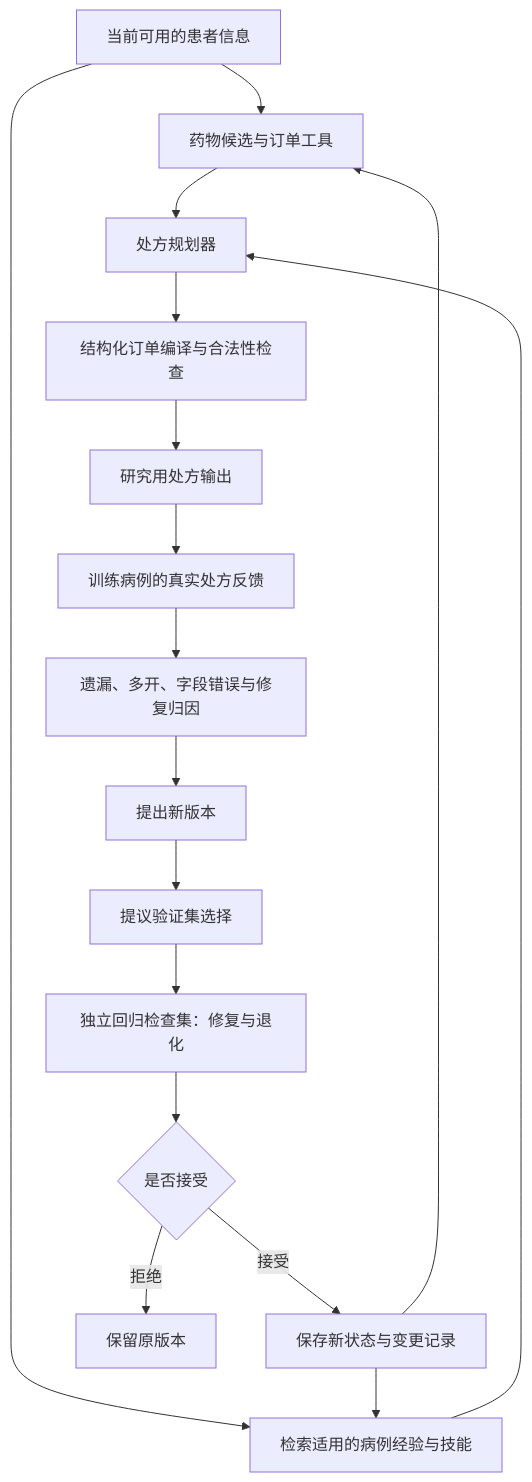
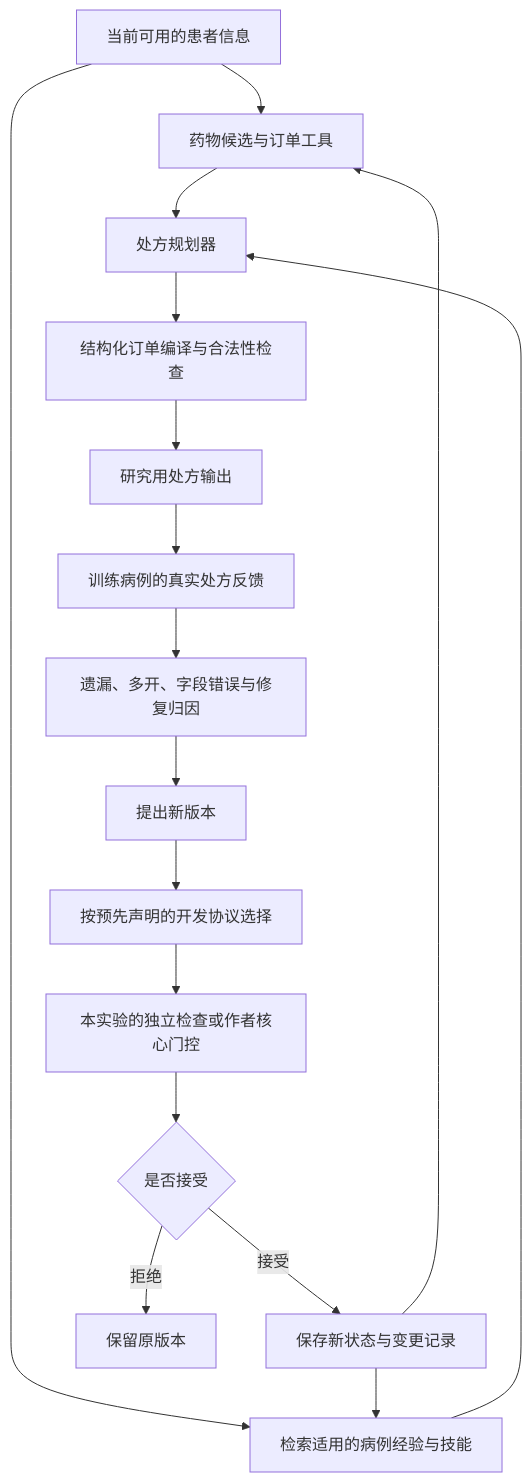
One commit to ZaneLing/PRISMATIC changed the first of 2 diagrams in paper/RXRSI_DESIGN.zh.md. Above: the diagram before and after it, drawn with Mermaid. The commit also changed other lines of this file and 45 other files, not shown here.

````diff
--- a/paper/RXRSI_DESIGN.zh.md
+++ b/paper/RXRSI_DESIGN.zh.md
@@ -7,19 +7,19 @@
 ```mermaid
 flowchart TD
     A[当前可用的患者信息] --> B[药物候选与订单工具]
     A --> C[检索适用的病例经验与技能]
     B --> D[处方规划器]
     C --> D
     D --> E[结构化订单编译与合法性检查]
     E --> F[研究用处方输出]
     F --> G[训练病例的真实处方反馈]
     G --> H[遗漏、多开、字段错误与修复归因]
     H --> I[提出新版本]
-    I --> J[提议验证集选择]
-    J --> K[独立回归检查集：修复与退化]
+    I --> J[按预先声明的开发协议选择]
+    J --> K[本实验的独立检查或作者核心门控]
     K --> L{是否接受}
     L -->|接受| M[保存新状态与变更记录]
     L -->|拒绝| N[保留原版本]
     M --> B
     M --> C
 ```
````
